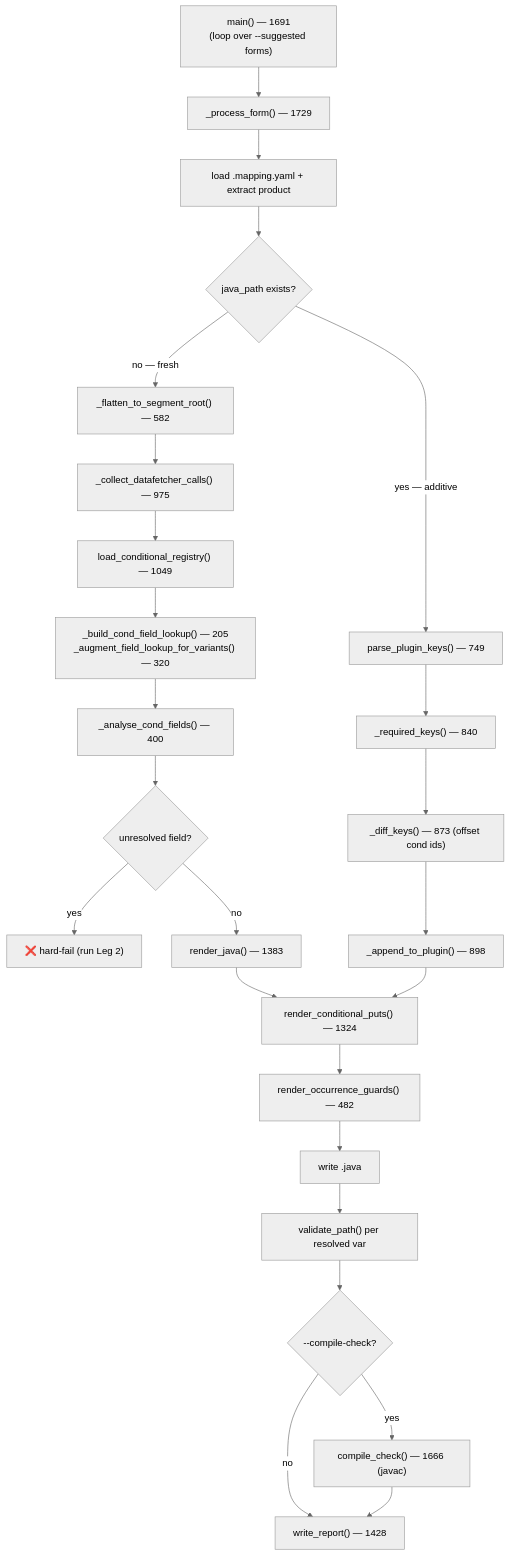
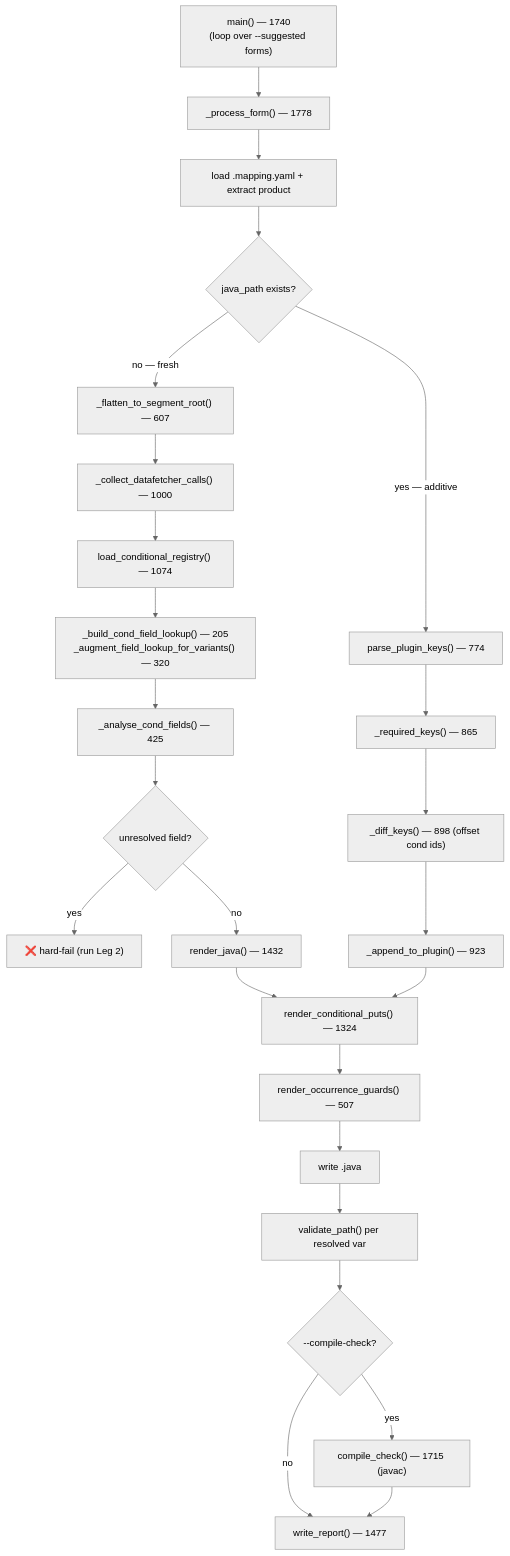
Before and after one commit to joshlawrence-web/socotra-document-conversion: the fifth of 5 diagrams in docs/leg-internals.md, drawn with Mermaid (neutral theme). The commit also changed other lines of this file and 5 other files, not shown here.

````diff
--- a/docs/leg-internals.md
+++ b/docs/leg-internals.md
@@ -229,27 +229,27 @@
 ```mermaid
 flowchart TD
-  A["main() — 1691<br/>(loop over --suggested forms)"] --> C["_process_form() — 1729"]
+  A["main() — 1740<br/>(loop over --suggested forms)"] --> C["_process_form() — 1778"]
   C --> D["load .mapping.yaml + extract product"]
   D --> F{java_path exists?}
-  F -->|no — fresh| I["_flatten_to_segment_root() — 582"]
-  I --> J["_collect_datafetcher_calls() — 975"]
-  J --> K["load_conditional_registry() — 1049"]
+  F -->|no — fresh| I["_flatten_to_segment_root() — 607"]
+  I --> J["_collect_datafetcher_calls() — 1000"]
+  J --> K["load_conditional_registry() — 1074"]
   K --> L["_build_cond_field_lookup() — 205<br/>_augment_field_lookup_for_variants() — 320"]
-  L --> M["_analyse_cond_fields() — 400"]
+  L --> M["_analyse_cond_fields() — 425"]
   M --> N{unresolved field?}
   N -->|yes| O["❌ hard-fail (run Leg 2)"]
-  N -->|no| P["render_java() — 1383"]
-  F -->|yes — additive| Q["parse_plugin_keys() — 749"]
-  Q --> R["_required_keys() — 840"]
-  R --> S["_diff_keys() — 873 (offset cond ids)"]
-  S --> T["_append_to_plugin() — 898"]
+  N -->|no| P["render_java() — 1432"]
+  F -->|yes — additive| Q["parse_plugin_keys() — 774"]
+  Q --> R["_required_keys() — 865"]
+  R --> S["_diff_keys() — 898 (offset cond ids)"]
+  S --> T["_append_to_plugin() — 923"]
   P --> V["render_conditional_puts() — 1324"]
   T --> V
-  V --> W["render_occurrence_guards() — 482"]
+  V --> W["render_occurrence_guards() — 507"]
   W --> X["write .java"]
   X --> Y["validate_path() per resolved var"]
   Y --> Z{--compile-check?}
-  Z -->|yes| AA["compile_check() — 1666 (javac)"]
+  Z -->|yes| AA["compile_check() — 1715 (javac)"]
   Z -->|no| AC
-  AA --> AC["write_report() — 1428"]
+  AA --> AC["write_report() — 1477"]
 ```
````
